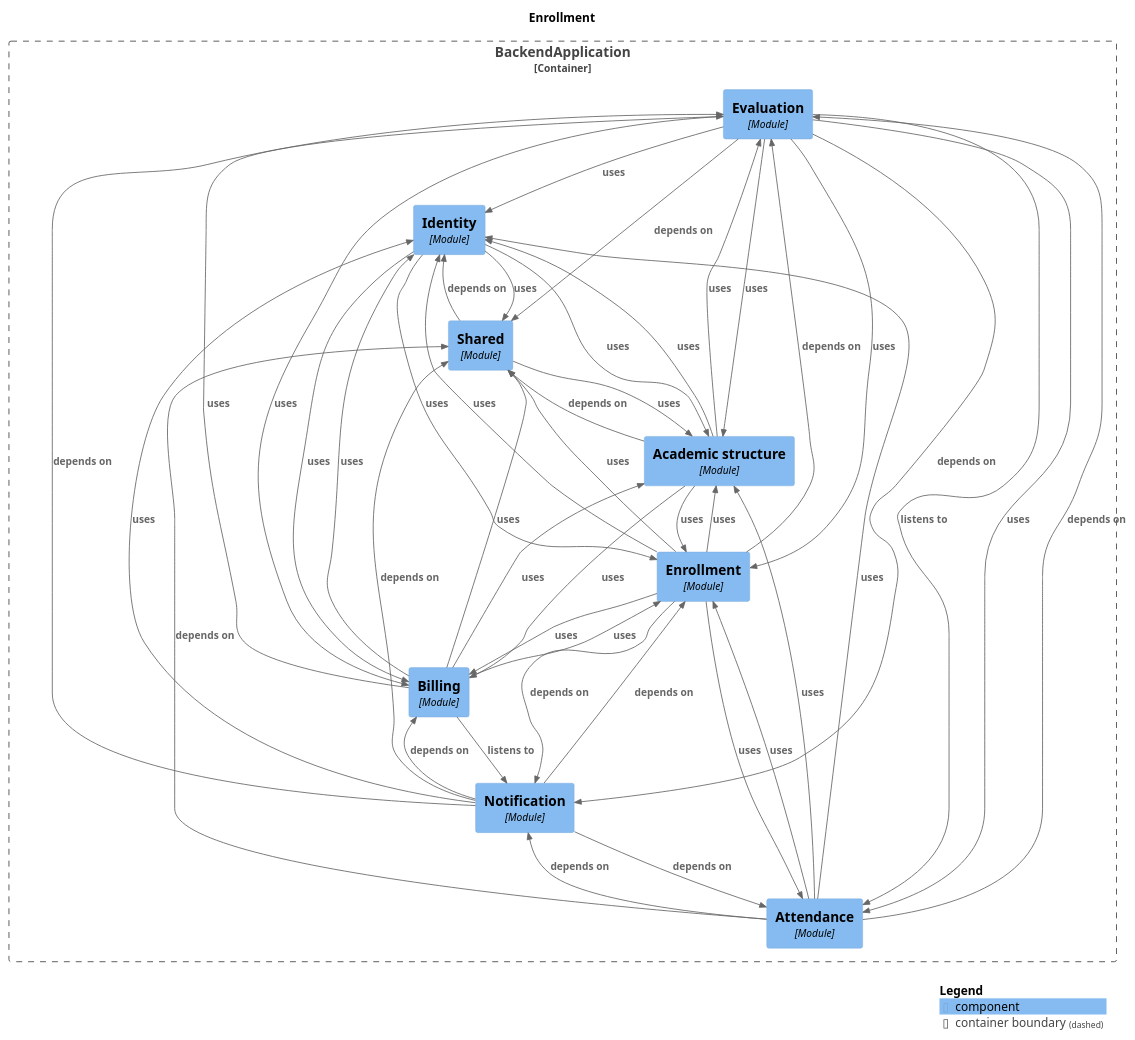
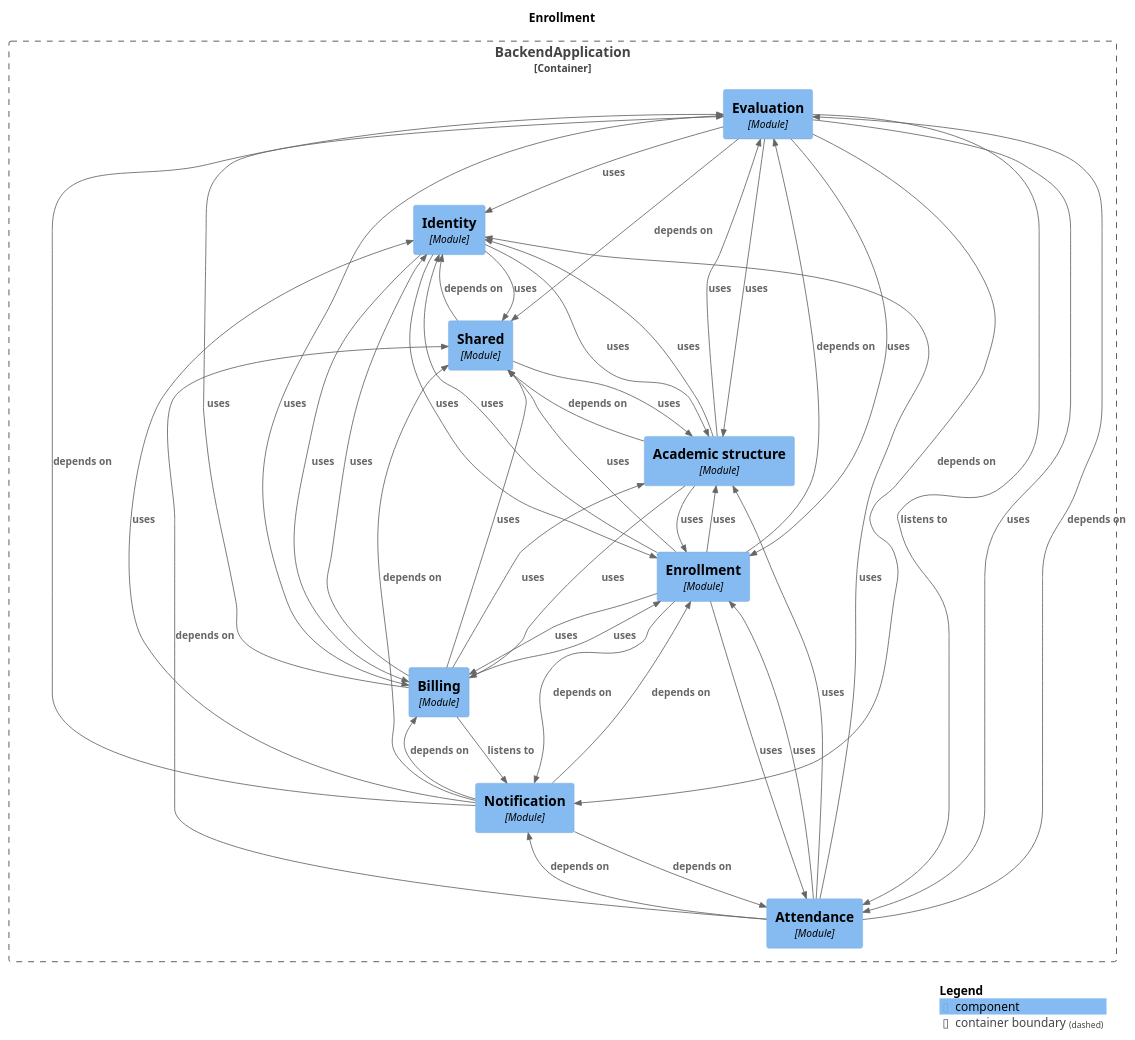
One commit to Gabriel030/agustina-bermejo-app changed the diagram in docs/architecture/module-enrollment.puml. Above: the diagram before and after it, drawn with PlantUML. The commit also changed other lines of this file and 14 other files, not shown here.

Commit message:
Refactor M0: docs de modulos solo con flag y deterministas; regla de inversion enrollment/billing (D-185)

```diff
--- a/docs/architecture/module-enrollment.puml
+++ b/docs/architecture/module-enrollment.puml
@@ -1,68 +1,68 @@
 @startuml
 set separator none
 title Enrollment
 
 top to bottom direction
 
 !include <C4/C4>
 !include <C4/C4_Context>
 !include <C4/C4_Component>
 
 Container_Boundary("BackendApplication.BackendApplication_boundary", "BackendApplication", $tags="") {
   Component(BackendApplication.BackendApplication.Evaluation, "Evaluation", $techn="Module", $descr="", $tags="", $link="")
   Component(BackendApplication.BackendApplication.Identity, "Identity", $techn="Module", $descr="", $tags="", $link="")
   Component(BackendApplication.BackendApplication.Notification, "Notification", $techn="Module", $descr="", $tags="", $link="")
   Component(BackendApplication.BackendApplication.Shared, "Shared", $techn="Module", $descr="", $tags="", $link="")
   Component(BackendApplication.BackendApplication.Academicstructure, "Academic structure", $techn="Module", $descr="", $tags="", $link="")
   Component(BackendApplication.BackendApplication.Attendance, "Attendance", $techn="Module", $descr="", $tags="", $link="")
   Component(BackendApplication.BackendApplication.Billing, "Billing", $techn="Module", $descr="", $tags="", $link="")
   Component(BackendApplication.BackendApplication.Enrollment, "Enrollment", $techn="Module", $descr="", $tags="", $link="")
 }
 
+Rel(BackendApplication.BackendApplication.Academicstructure, BackendApplication.BackendApplication.Billing, "uses", $techn="", $tags="", $link="")
+Rel(BackendApplication.BackendApplication.Academicstructure, BackendApplication.BackendApplication.Enrollment, "uses", $techn="", $tags="", $link="")
+Rel(BackendApplication.BackendApplication.Academicstructure, BackendApplication.BackendApplication.Evaluation, "uses", $techn="", $tags="", $link="")
+Rel(BackendApplication.BackendApplication.Academicstructure, BackendApplication.BackendApplication.Identity, "uses", $techn="", $tags="", $link="")
+Rel(BackendApplication.BackendApplication.Academicstructure, BackendApplication.BackendApplication.Shared, "depends on", $techn="", $tags="", $link="")
+Rel(BackendApplication.BackendApplication.Attendance, BackendApplication.BackendApplication.Academicstructure, "uses", $techn="", $tags="", $link="")
+Rel(BackendApplication.BackendApplication.Attendance, BackendApplication.BackendApplication.Enrollment, "uses", $techn="", $tags="", $link="")
+Rel(BackendApplication.BackendApplication.Attendance, BackendApplication.BackendApplication.Evaluation, "depends on", $techn="", $tags="", $link="")
+Rel(BackendApplication.BackendApplication.Attendance, BackendApplication.BackendApplication.Identity, "uses", $techn="", $tags="", $link="")
+Rel(BackendApplication.BackendApplication.Attendance, BackendApplication.BackendApplication.Notification, "depends on", $techn="", $tags="", $link="")
+Rel(BackendApplication.BackendApplication.Attendance, BackendApplication.BackendApplication.Shared, "depends on", $techn="", $tags="", $link="")
+Rel(BackendApplication.BackendApplication.Billing, BackendApplication.BackendApplication.Academicstructure, "uses", $techn="", $tags="", $link="")
+Rel(BackendApplication.BackendApplication.Billing, BackendApplication.BackendApplication.Enrollment, "uses", $techn="", $tags="", $link="")
+Rel(BackendApplication.BackendApplication.Billing, BackendApplication.BackendApplication.Evaluation, "uses", $techn="", $tags="", $link="")
+Rel(BackendApplication.BackendApplication.Billing, BackendApplication.BackendApplication.Identity, "uses", $techn="", $tags="", $link="")
+Rel(BackendApplication.BackendApplication.Billing, BackendApplication.BackendApplication.Notification, "listens to", $techn="", $tags="", $link="")
+Rel(BackendApplication.BackendApplication.Billing, BackendApplication.BackendApplication.Shared, "uses", $techn="", $tags="", $link="")
 Rel(BackendApplication.BackendApplication.Enrollment, BackendApplication.BackendApplication.Academicstructure, "uses", $techn="", $tags="", $link="")
 Rel(BackendApplication.BackendApplication.Enrollment, BackendApplication.BackendApplication.Attendance, "uses", $techn="", $tags="", $link="")
+Rel(BackendApplication.BackendApplication.Enrollment, BackendApplication.BackendApplication.Billing, "uses", $techn="", $tags="", $link="")
+Rel(BackendApplication.BackendApplication.Enrollment, BackendApplication.BackendApplication.Evaluation, "depends on", $techn="", $tags="", $link="")
+Rel(BackendApplication.BackendApplication.Enrollment, BackendApplication.BackendApplication.Identity, "uses", $techn="", $tags="", $link="")
+Rel(BackendApplication.BackendApplication.Enrollment, BackendApplication.BackendApplication.Notification, "depends on", $techn="", $tags="", $link="")
 Rel(BackendApplication.BackendApplication.Enrollment, BackendApplication.BackendApplication.Shared, "uses", $techn="", $tags="", $link="")
-Rel(BackendApplication.BackendApplication.Academicstructure, BackendApplication.BackendApplication.Shared, "depends on", $techn="", $tags="", $link="")
-Rel(BackendApplication.BackendApplication.Academicstructure, BackendApplication.BackendApplication.Enrollment, "uses", $techn="", $tags="", $link="")
-Rel(BackendApplication.BackendApplication.Academicstructure, BackendApplication.BackendApplication.Billing, "uses", $techn="", $tags="", $link="")
-Rel(BackendApplication.BackendApplication.Academicstructure, BackendApplication.BackendApplication.Identity, "uses", $techn="", $tags="", $link="")
-Rel(BackendApplication.BackendApplication.Academicstructure, BackendApplication.BackendApplication.Evaluation, "uses", $techn="", $tags="", $link="")
-Rel(BackendApplication.BackendApplication.Billing, BackendApplication.BackendApplication.Notification, "listens to", $techn="", $tags="", $link="")
-Rel(BackendApplication.BackendApplication.Billing, BackendApplication.BackendApplication.Identity, "uses", $techn="", $tags="", $link="")
-Rel(BackendApplication.BackendApplication.Billing, BackendApplication.BackendApplication.Enrollment, "uses", $techn="", $tags="", $link="")
-Rel(BackendApplication.BackendApplication.Billing, BackendApplication.BackendApplication.Shared, "uses", $techn="", $tags="", $link="")
-Rel(BackendApplication.BackendApplication.Billing, BackendApplication.BackendApplication.Academicstructure, "uses", $techn="", $tags="", $link="")
-Rel(BackendApplication.BackendApplication.Billing, BackendApplication.BackendApplication.Evaluation, "uses", $techn="", $tags="", $link="")
-Rel(BackendApplication.BackendApplication.Shared, BackendApplication.BackendApplication.Identity, "depends on", $techn="", $tags="", $link="")
-Rel(BackendApplication.BackendApplication.Shared, BackendApplication.BackendApplication.Academicstructure, "uses", $techn="", $tags="", $link="")
-Rel(BackendApplication.BackendApplication.Identity, BackendApplication.BackendApplication.Shared, "uses", $techn="", $tags="", $link="")
+Rel(BackendApplication.BackendApplication.Evaluation, BackendApplication.BackendApplication.Academicstructure, "uses", $techn="", $tags="", $link="")
+Rel(BackendApplication.BackendApplication.Evaluation, BackendApplication.BackendApplication.Attendance, "listens to", $techn="", $tags="", $link="")
+Rel(BackendApplication.BackendApplication.Evaluation, BackendApplication.BackendApplication.Attendance, "uses", $techn="", $tags="", $link="")
+Rel(BackendApplication.BackendApplication.Evaluation, BackendApplication.BackendApplication.Billing, "uses", $techn="", $tags="", $link="")
+Rel(BackendApplication.BackendApplication.Evaluation, BackendApplication.BackendApplication.Enrollment, "uses", $techn="", $tags="", $link="")
+Rel(BackendApplication.BackendApplication.Evaluation, BackendApplication.BackendApplication.Identity, "uses", $techn="", $tags="", $link="")
+Rel(BackendApplication.BackendApplication.Evaluation, BackendApplication.BackendApplication.Notification, "depends on", $techn="", $tags="", $link="")
+Rel(BackendApplication.BackendApplication.Evaluation, BackendApplication.BackendApplication.Shared, "depends on", $techn="", $tags="", $link="")
+Rel(BackendApplication.BackendApplication.Identity, BackendApplication.BackendApplication.Academicstructure, "uses", $techn="", $tags="", $link="")
 Rel(BackendApplication.BackendApplication.Identity, BackendApplication.BackendApplication.Billing, "uses", $techn="", $tags="", $link="")
 Rel(BackendApplication.BackendApplication.Identity, BackendApplication.BackendApplication.Enrollment, "uses", $techn="", $tags="", $link="")
-Rel(BackendApplication.BackendApplication.Identity, BackendApplication.BackendApplication.Academicstructure, "uses", $techn="", $tags="", $link="")
-Rel(BackendApplication.BackendApplication.Attendance, BackendApplication.BackendApplication.Shared, "depends on", $techn="", $tags="", $link="")
-Rel(BackendApplication.BackendApplication.Attendance, BackendApplication.BackendApplication.Evaluation, "depends on", $techn="", $tags="", $link="")
-Rel(BackendApplication.BackendApplication.Attendance, BackendApplication.BackendApplication.Notification, "depends on", $techn="", $tags="", $link="")
-Rel(BackendApplication.BackendApplication.Attendance, BackendApplication.BackendApplication.Academicstructure, "uses", $techn="", $tags="", $link="")
-Rel(BackendApplication.BackendApplication.Attendance, BackendApplication.BackendApplication.Enrollment, "uses", $techn="", $tags="", $link="")
-Rel(BackendApplication.BackendApplication.Attendance, BackendApplication.BackendApplication.Identity, "uses", $techn="", $tags="", $link="")
-Rel(BackendApplication.BackendApplication.Evaluation, BackendApplication.BackendApplication.Attendance, "listens to", $techn="", $tags="", $link="")
-Rel(BackendApplication.BackendApplication.Evaluation, BackendApplication.BackendApplication.Shared, "depends on", $techn="", $tags="", $link="")
-Rel(BackendApplication.BackendApplication.Evaluation, BackendApplication.BackendApplication.Notification, "depends on", $techn="", $tags="", $link="")
-Rel(BackendApplication.BackendApplication.Evaluation, BackendApplication.BackendApplication.Academicstructure, "uses", $techn="", $tags="", $link="")
-Rel(BackendApplication.BackendApplication.Evaluation, BackendApplication.BackendApplication.Identity, "uses", $techn="", $tags="", $link="")
-Rel(BackendApplication.BackendApplication.Evaluation, BackendApplication.BackendApplication.Enrollment, "uses", $techn="", $tags="", $link="")
-Rel(BackendApplication.BackendApplication.Evaluation, BackendApplication.BackendApplication.Attendance, "uses", $techn="", $tags="", $link="")
-Rel(BackendApplication.BackendApplication.Evaluation, BackendApplication.BackendApplication.Billing, "uses", $techn="", $tags="", $link="")
+Rel(BackendApplication.BackendApplication.Identity, BackendApplication.BackendApplication.Shared, "uses", $techn="", $tags="", $link="")
 Rel(BackendApplication.BackendApplication.Notification, BackendApplication.BackendApplication.Attendance, "depends on", $techn="", $tags="", $link="")
+Rel(BackendApplication.BackendApplication.Notification, BackendApplication.BackendApplication.Billing, "depends on", $techn="", $tags="", $link="")
 Rel(BackendApplication.BackendApplication.Notification, BackendApplication.BackendApplication.Enrollment, "depends on", $techn="", $tags="", $link="")
-Rel(BackendApplication.BackendApplication.Notification, BackendApplication.BackendApplication.Billing, "depends on", $techn="", $tags="", $link="")
 Rel(BackendApplication.BackendApplication.Notification, BackendApplication.BackendApplication.Evaluation, "depends on", $techn="", $tags="", $link="")
+Rel(BackendApplication.BackendApplication.Notification, BackendApplication.BackendApplication.Identity, "uses", $techn="", $tags="", $link="")
 Rel(BackendApplication.BackendApplication.Notification, BackendApplication.BackendApplication.Shared, "depends on", $techn="", $tags="", $link="")
-Rel(BackendApplication.BackendApplication.Notification, BackendApplication.BackendApplication.Identity, "uses", $techn="", $tags="", $link="")
-Rel(BackendApplication.BackendApplication.Enrollment, BackendApplication.BackendApplication.Evaluation, "depends on", $techn="", $tags="", $link="")
-Rel(BackendApplication.BackendApplication.Enrollment, BackendApplication.BackendApplication.Notification, "depends on", $techn="", $tags="", $link="")
-Rel(BackendApplication.BackendApplication.Enrollment, BackendApplication.BackendApplication.Billing, "uses", $techn="", $tags="", $link="")
-Rel(BackendApplication.BackendApplication.Enrollment, BackendApplication.BackendApplication.Identity, "uses", $techn="", $tags="", $link="")
+Rel(BackendApplication.BackendApplication.Shared, BackendApplication.BackendApplication.Academicstructure, "uses", $techn="", $tags="", $link="")
+Rel(BackendApplication.BackendApplication.Shared, BackendApplication.BackendApplication.Identity, "depends on", $techn="", $tags="", $link="")
 
 SHOW_LEGEND(true)
 @enduml
```
